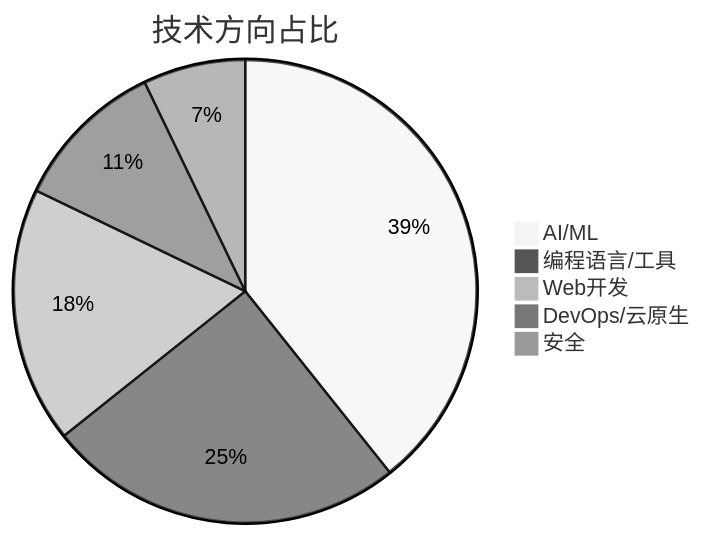
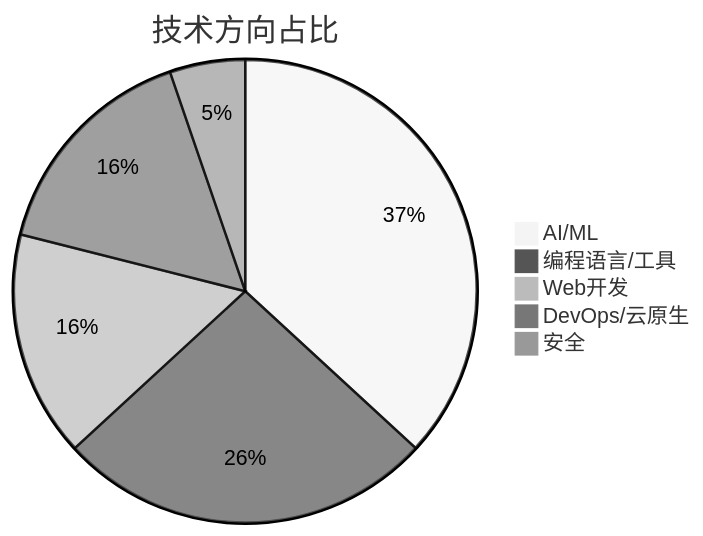
One commit to MichaelYgZhang/michaelygzhang.github.io changed the diagram in _posts/2026-03-11-ai-github-trending.md. Above: the diagram before and after it, drawn with Mermaid (neutral theme). The commit also changed other lines of this file and 1 other file, not shown here.

```diff
--- a/_posts/2026-03-11-ai-github-trending.md
+++ b/_posts/2026-03-11-ai-github-trending.md
@@ -48,8 +48,8 @@
 <div class="mermaid">
 pie title 技术方向占比
-    "AI/ML" : 11
-    "编程语言/工具" : 7
-    "Web开发" : 5
+    "AI/ML" : 7
+    "编程语言/工具" : 5
+    "Web开发" : 3
     "DevOps/云原生" : 3
-    "安全" : 2
+    "安全" : 1
 </div>
```
